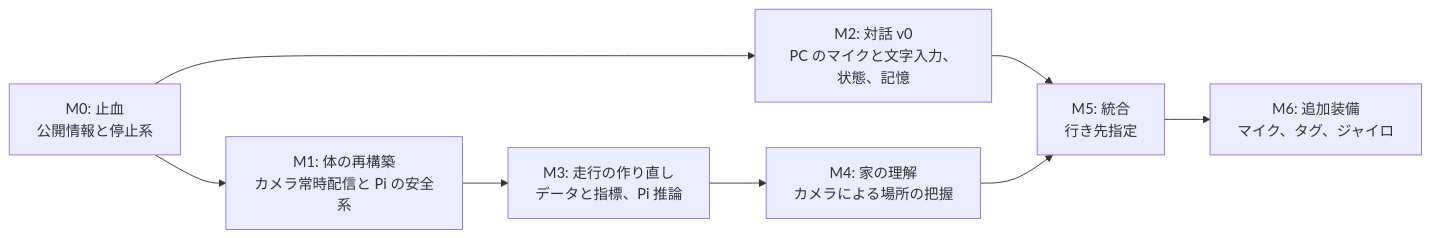
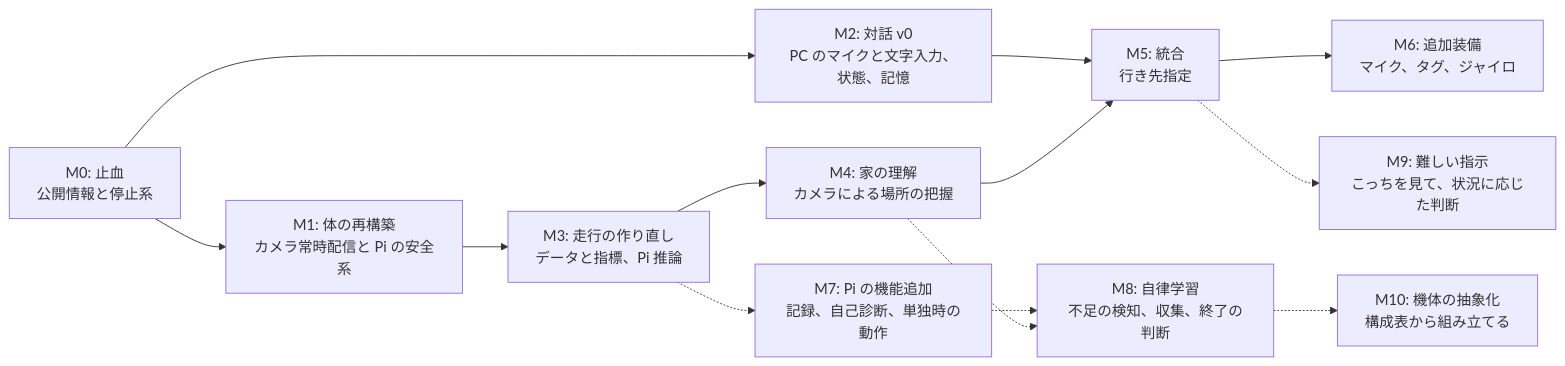
The diagram in ROADMAP.md (Yuyta/E2E_Driving_PicarX_rspi), drawn with Mermaid before and after one commit. The commit also changed other lines of this file, not shown here.

First line of the commit message:
docs(roadmap): add future milestones M7 to M10

````diff
--- a/ROADMAP.md
+++ b/ROADMAP.md
@@ -75,18 +75,27 @@
 ```mermaid
 flowchart LR
     M0["M0: 止血<br>公開情報と停止系"]
     M1["M1: 体の再構築<br>カメラ常時配信と Pi の安全系"]
     M2["M2: 対話 v0<br>PC のマイクと文字入力、状態、記憶"]
     M3["M3: 走行の作り直し<br>データと指標、Pi 推論"]
     M4["M4: 家の理解<br>カメラによる場所の把握"]
     M5["M5: 統合<br>行き先指定"]
     M6["M6: 追加装備<br>マイク、タグ、ジャイロ"]
+    M7["M7: Pi の機能追加<br>記録、自己診断、単独時の動作"]
+    M8["M8: 自律学習<br>不足の検知、収集、終了の判断"]
+    M9["M9: 難しい指示<br>こっちを見て、状況に応じた判断"]
+    M10["M10: 機体の抽象化<br>構成表から組み立てる"]
 
     M0 --> M1
     M0 --> M2
     M1 --> M3
     M3 --> M4
     M2 --> M5
     M4 --> M5
     M5 --> M6
+    M3 -.-> M7
+    M7 -.-> M8
+    M4 -.-> M8
+    M5 -.-> M9
+    M8 -.-> M10
 ```
````
